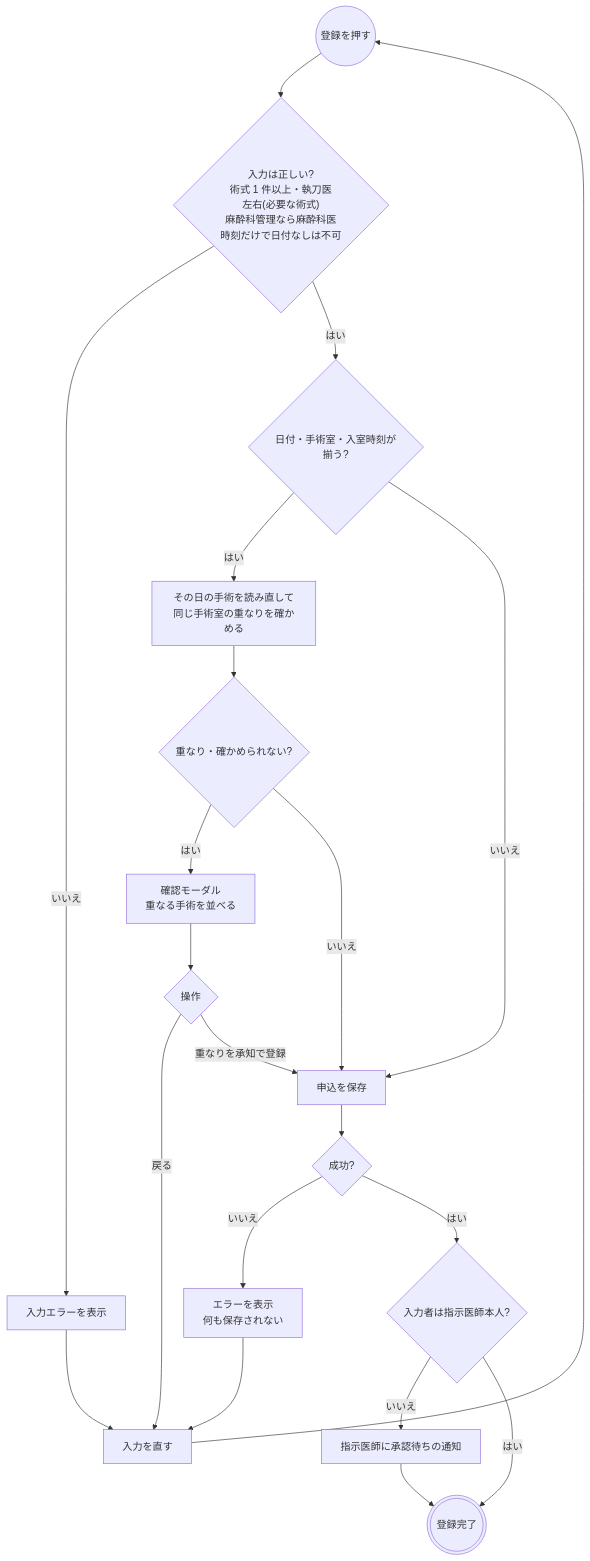
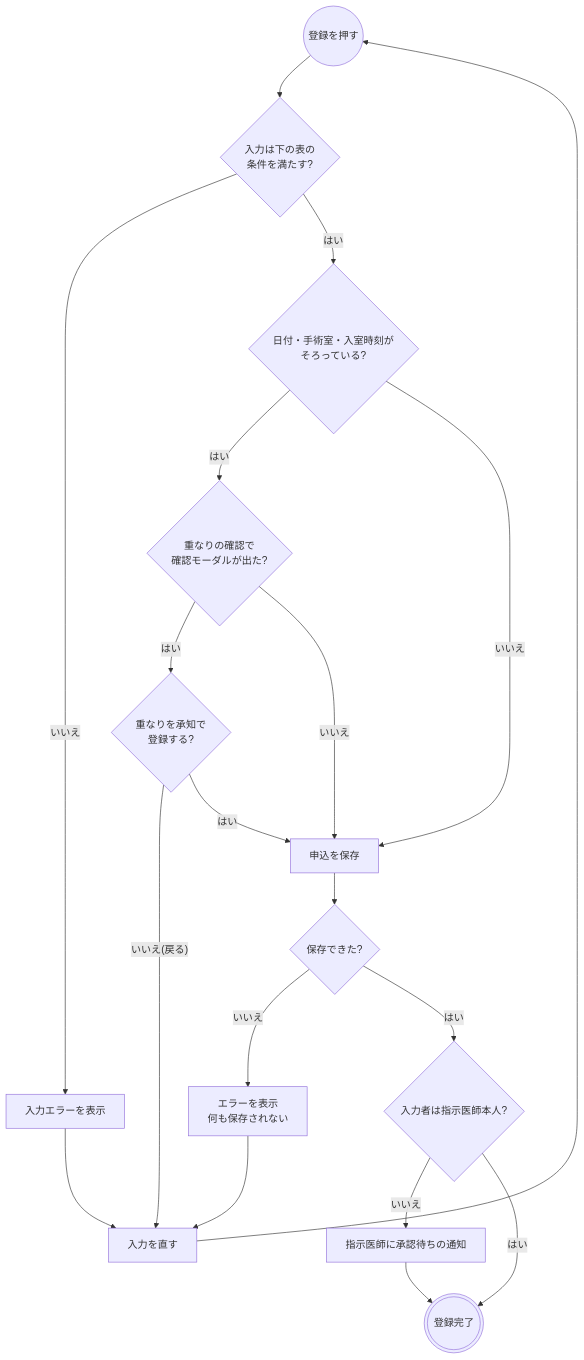
Before and after one commit to ysnr-dev/fhir-client-docs: the second of 6 diagrams in docs/flows/surgery.md, drawn with Mermaid. The commit also changed other lines of this file and 43 other files, not shown here.

Commit message:
docs: 業務フローとシーケンス図を写し直し

````diff
--- a/docs/flows/surgery.md
+++ b/docs/flows/surgery.md
@@ -85,33 +111,31 @@
 ```mermaid
 flowchart TD
   submit(("登録を押す"))
-  valid{"入力は正しい?<br/>術式 1 件以上・執刀医<br/>左右(必要な術式)<br/>麻酔科管理なら麻酔科医<br/>時刻だけで日付なしは不可"}
+  valid{"入力は下の表の<br/>条件を満たす?"}
   validError["入力エラーを表示"]
-  schedule{"日付・手術室・入室時刻が揃う?"}
-  recheck["その日の手術を読み直して<br/>同じ手術室の重なりを確かめる"]
-  conflict{"重なり・確かめられない?"}
-  modal["確認モーダル<br/>重なる手術を並べる"]
-  choice{"操作"}
+  fix["入力を直す"]
+  schedule{"日付・手術室・入室時刻が<br/>そろっている?"}
+  conflict{"重なりの確認で<br/>確認モーダルが出た?"}
+  modal{"重なりを承知で<br/>登録する?"}
   send["申込を保存"]
-  result{"成功?"}
+  result{"保存できた?"}
   failed["エラーを表示<br/>何も保存されない"]
   proxy{"入力者は指示医師本人?"}
   approval["指示医師に承認待ちの通知"]
   done((("登録完了")))
-  fix["入力を直す"]
 
   submit --> valid
   valid -- "いいえ" --> validError --> fix --> submit
   valid -- "はい" --> schedule
-  schedule -- "はい" --> recheck --> conflict
+  schedule -- "はい" --> conflict
   schedule -- "いいえ" --> send
-  conflict -- "はい" --> modal --> choice
+  conflict -- "はい" --> modal
   conflict -- "いいえ" --> send
-  choice -- "戻る" --> fix
-  choice -- "重なりを承知で登録" --> send
+  modal -- "いいえ(戻る)" --> fix
+  modal -- "はい" --> send
   send --> result
   result -- "いいえ" --> failed --> fix
   result -- "はい" --> proxy
   proxy -- "いいえ" --> approval --> done
   proxy -- "はい" --> done
 ```
````
